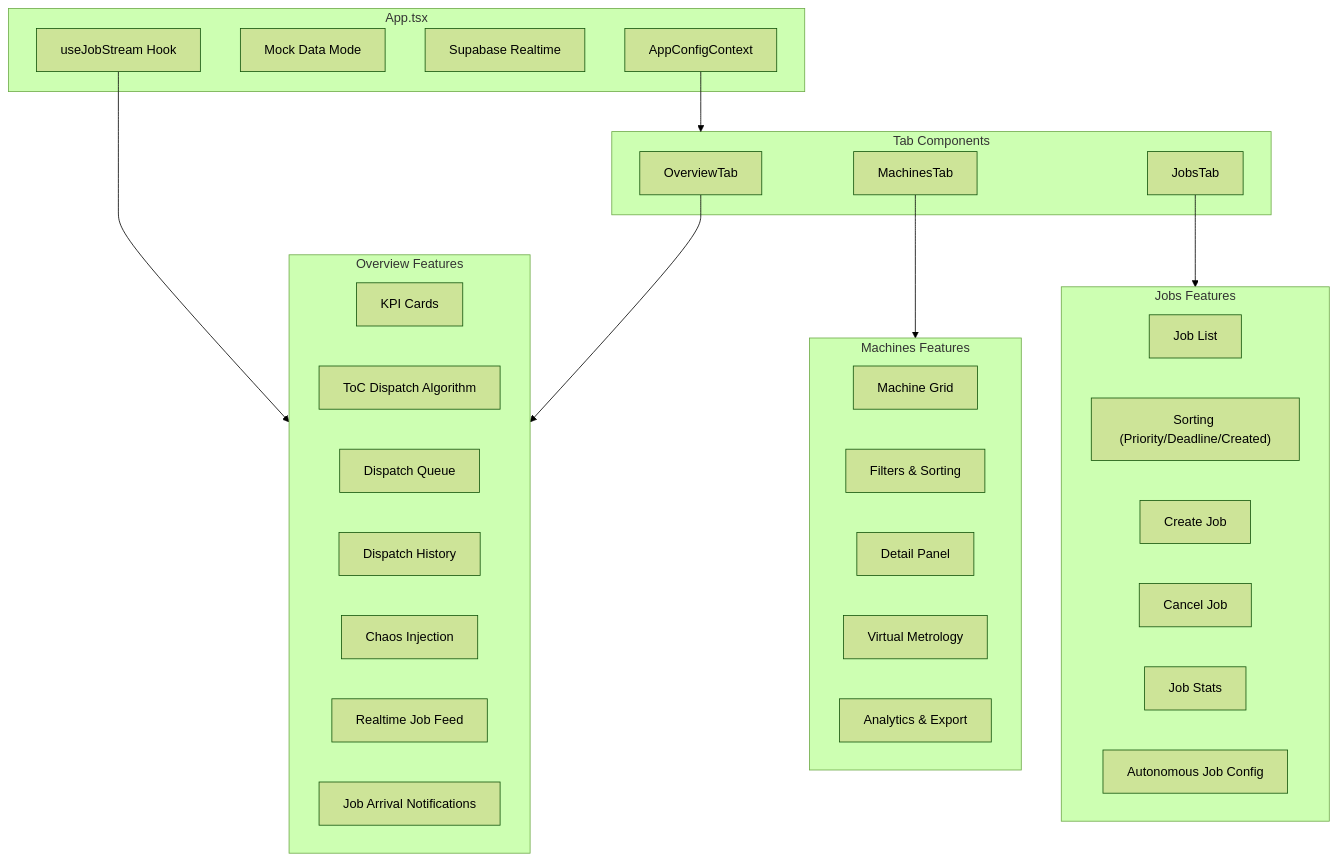
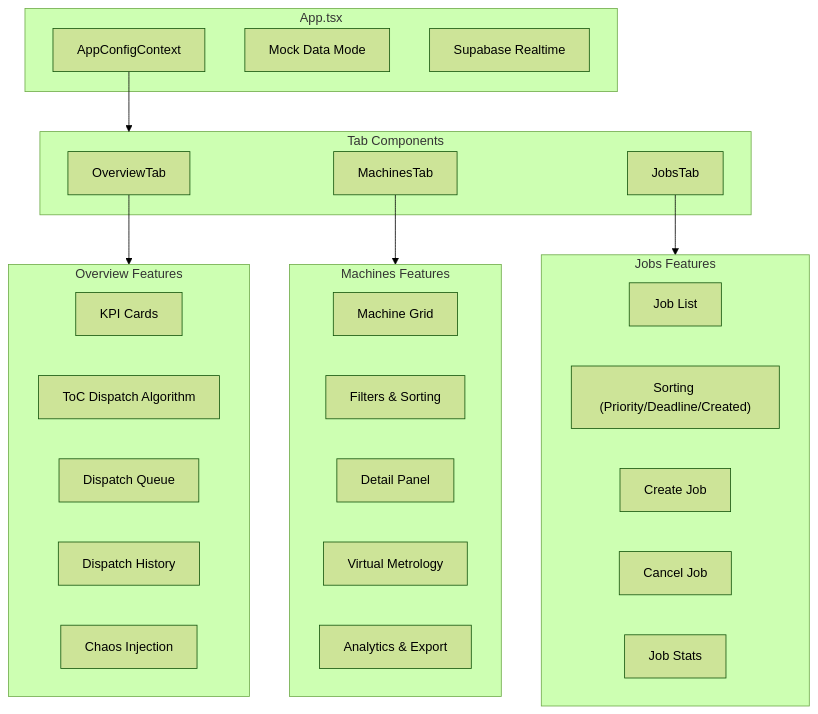
One commit to AngelP17/YieldOps changed diagram 11 of 13 in Architecture.md. Above: the diagram before and after it, drawn with Mermaid (forest theme). The commit also changed other lines of this file and 24 other files, not shown here.

````diff
--- a/Architecture.md
+++ b/Architecture.md
@@ -718,48 +644,43 @@
 ```mermaid
 flowchart TB
     subgraph App["App.tsx"]
         Config["AppConfigContext"]
         MockData["Mock Data Mode"]
         Realtime["Supabase Realtime"]
-        JobStream["useJobStream Hook"]
     end
     
     subgraph Tabs["Tab Components"]
         Overview["OverviewTab"]
         Machines["MachinesTab"]
         Jobs["JobsTab"]
     end
     
     subgraph OverviewFeatures["Overview Features"]
         KPI["KPI Cards"]
         ToCDispatch["ToC Dispatch Algorithm"]
         Dispatch["Dispatch Queue"]
         History["Dispatch History"]
         Chaos["Chaos Injection"]
-        JobFeed["Realtime Job Feed"]
-        Notifications["Job Arrival Notifications"]
     end
     
     subgraph MachinesFeatures["Machines Features"]
         Grid["Machine Grid"]
         Filter["Filters & Sorting"]
         Detail["Detail Panel"]
         VM["Virtual Metrology"]
         Analytics["Analytics & Export"]
     end
     
     subgraph JobsFeatures["Jobs Features"]
         List["Job List"]
         Sorting["Sorting (Priority/Deadline/Created)"]
         Create["Create Job"]
         Cancel["Cancel Job"]
         Stats["Job Stats"]
-        AutoConfig["Autonomous Job Config"]
     end
     
     Config --> Tabs
-    JobStream --> OverviewFeatures
     Overview --> OverviewFeatures
     Machines --> MachinesFeatures
     Jobs --> JobsFeatures
 ```
````
